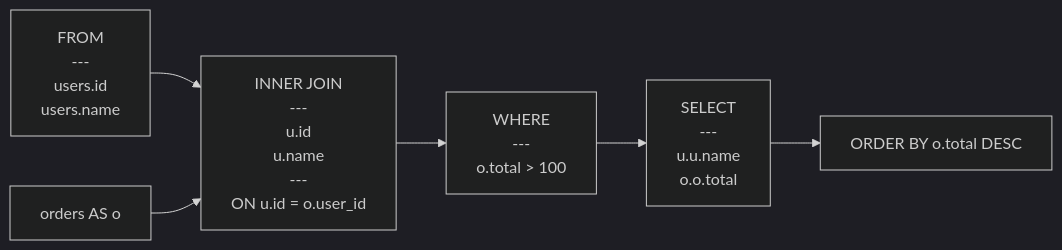
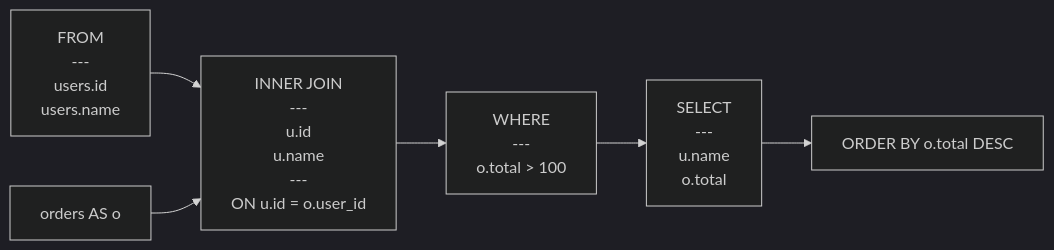
The diagram in examples/join_query.mmd (rot1024/sqloflow), drawn with Mermaid (dark theme) before and after one commit. The commit also changed 13 other files, not shown here.

```diff
--- a/examples/join_query.mmd
+++ b/examples/join_query.mmd
@@ -1,12 +1,12 @@
 flowchart LR
     node_0["FROM<br/>---<br/>users.id<br/>users.name"]
     node_1[orders AS o]
     node_2["INNER JOIN<br/>---<br/>u.id<br/>u.name<br/>---<br/>ON u.id = o.user_id"]
     node_3["WHERE<br/>---<br/>o.total &gt; 100"]
-    node_4["SELECT<br/>---<br/>u.u.name<br/>o.o.total"]
+    node_4["SELECT<br/>---<br/>u.name<br/>o.total"]
     node_5["ORDER BY o.total DESC"]
     node_0 --> node_2
     node_1 --> node_2
     node_2 --> node_3
     node_3 --> node_4
     node_4 --> node_5
```
